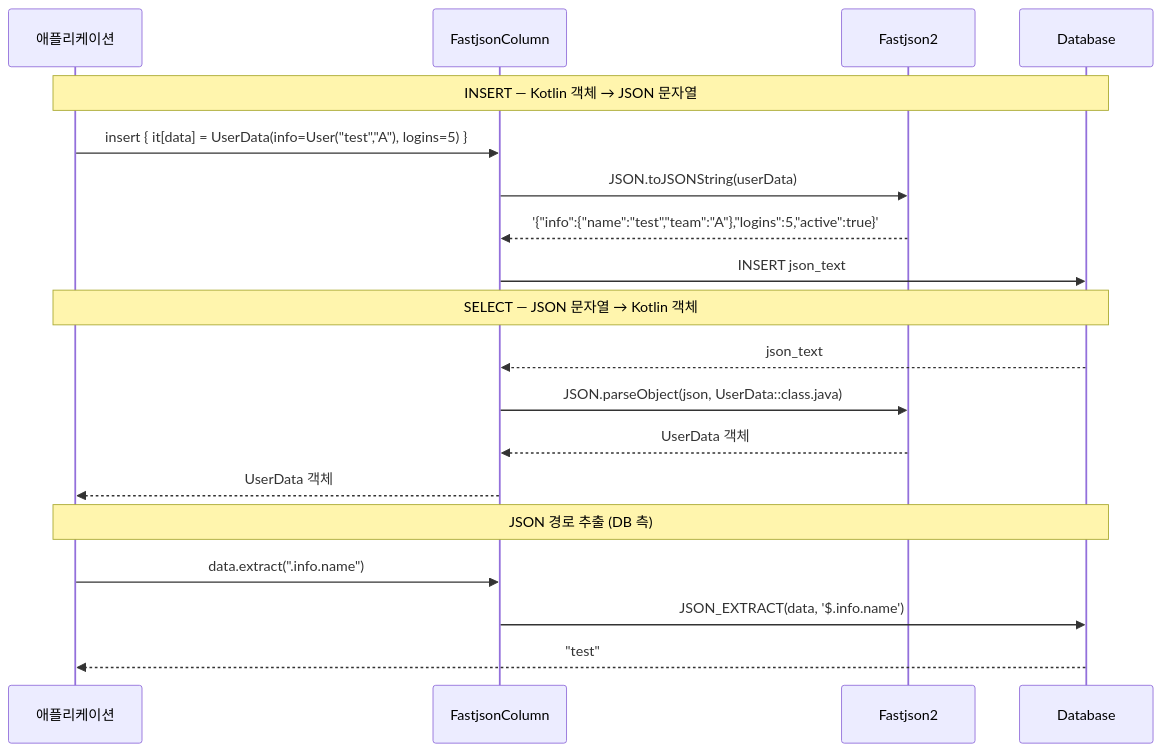
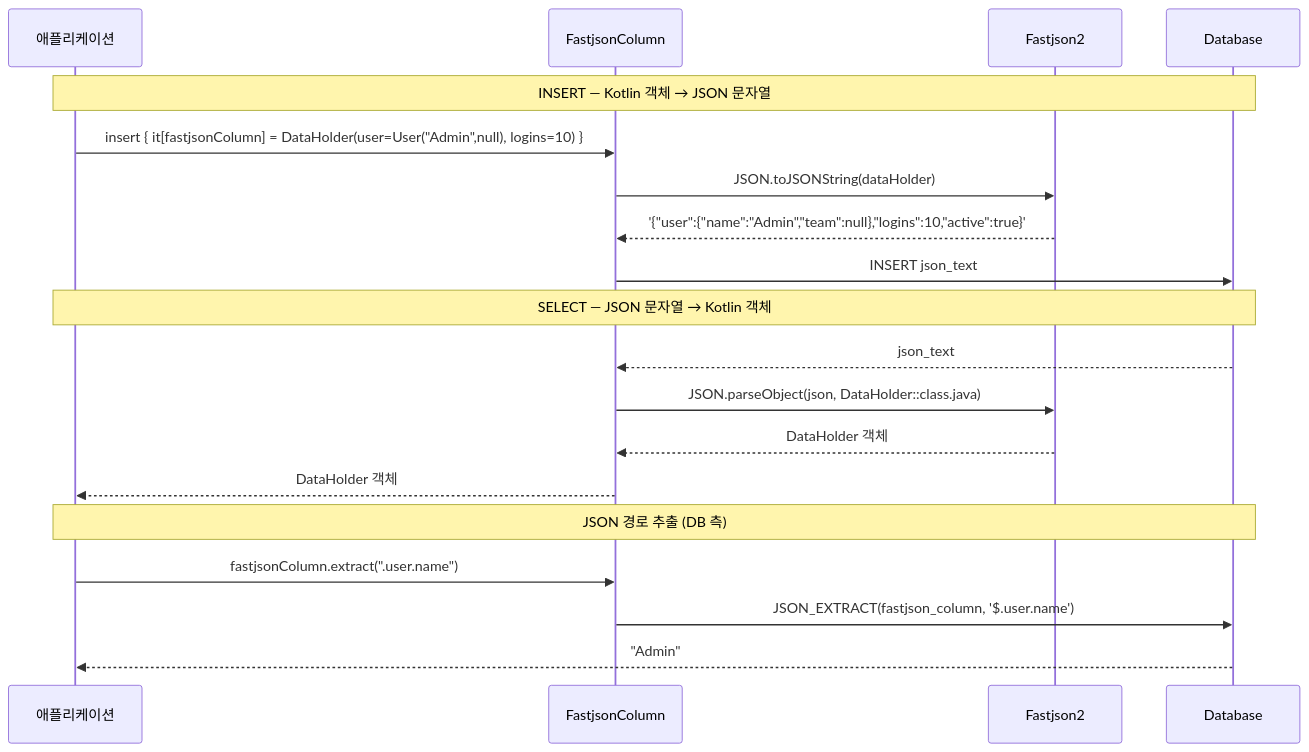
Before and after one commit to bluetape4k/exposed-r2dbc-workshop: the second of 3 diagrams in 06-advanced/09-exposed-r2dbc-fastjson2/README.ko.md, drawn with Mermaid. The commit also changed other lines of this file and 19 other files, not shown here.

````diff
--- a/06-advanced/09-exposed-r2dbc-fastjson2/README.ko.md
+++ b/06-advanced/09-exposed-r2dbc-fastjson2/README.ko.md
@@ -82,24 +82,24 @@
 ```mermaid
 sequenceDiagram
     participant App as 애플리케이션
     participant Col as FastjsonColumn
     participant FJ as Fastjson2
     participant DB as Database
 
     Note over App,DB: INSERT — Kotlin 객체 → JSON 문자열
-    App ->> Col: insert { it[data] = UserData(info=User("test","A"), logins=5) }
-    Col ->> FJ: JSON.toJSONString(userData)
-    FJ -->> Col: '{"info":{"name":"test","team":"A"},"logins":5,"active":true}'
+    App ->> Col: insert { it[fastjsonColumn] = DataHolder(user=User("Admin",null), logins=10) }
+    Col ->> FJ: JSON.toJSONString(dataHolder)
+    FJ -->> Col: '{"user":{"name":"Admin","team":null},"logins":10,"active":true}'
     Col ->> DB: INSERT json_text
 
     Note over App,DB: SELECT — JSON 문자열 → Kotlin 객체
     DB -->> Col: json_text
-    Col ->> FJ: JSON.parseObject(json, UserData::class.java)
-    FJ -->> Col: UserData 객체
-    Col -->> App: UserData 객체
+    Col ->> FJ: JSON.parseObject(json, DataHolder::class.java)
+    FJ -->> Col: DataHolder 객체
+    Col -->> App: DataHolder 객체
 
     Note over App,DB: JSON 경로 추출 (DB 측)
-    App ->> Col: data.extract(".info.name")
-    Col ->> DB: JSON_EXTRACT(data, '$.info.name')
-    DB -->> App: "test"
+    App ->> Col: fastjsonColumn.extract(".user.name")
+    Col ->> DB: JSON_EXTRACT(fastjson_column, '$.user.name')
+    DB -->> App: "Admin"
 ```
````
